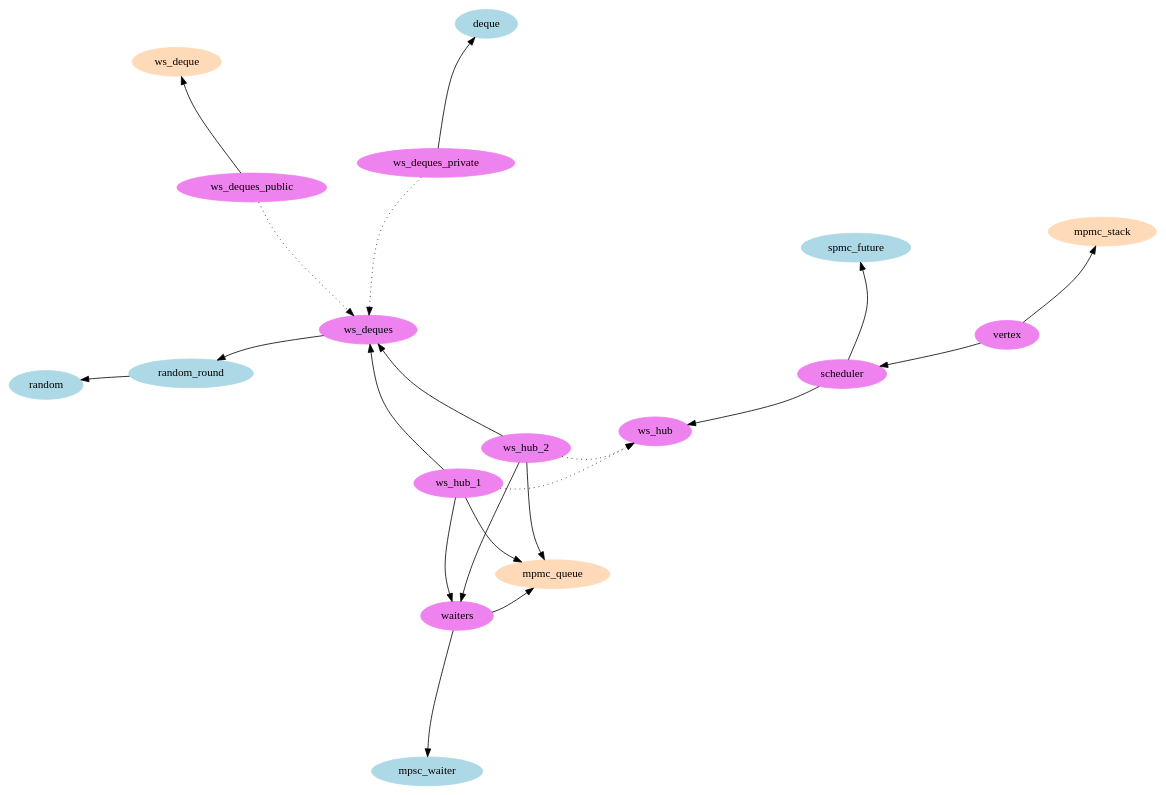
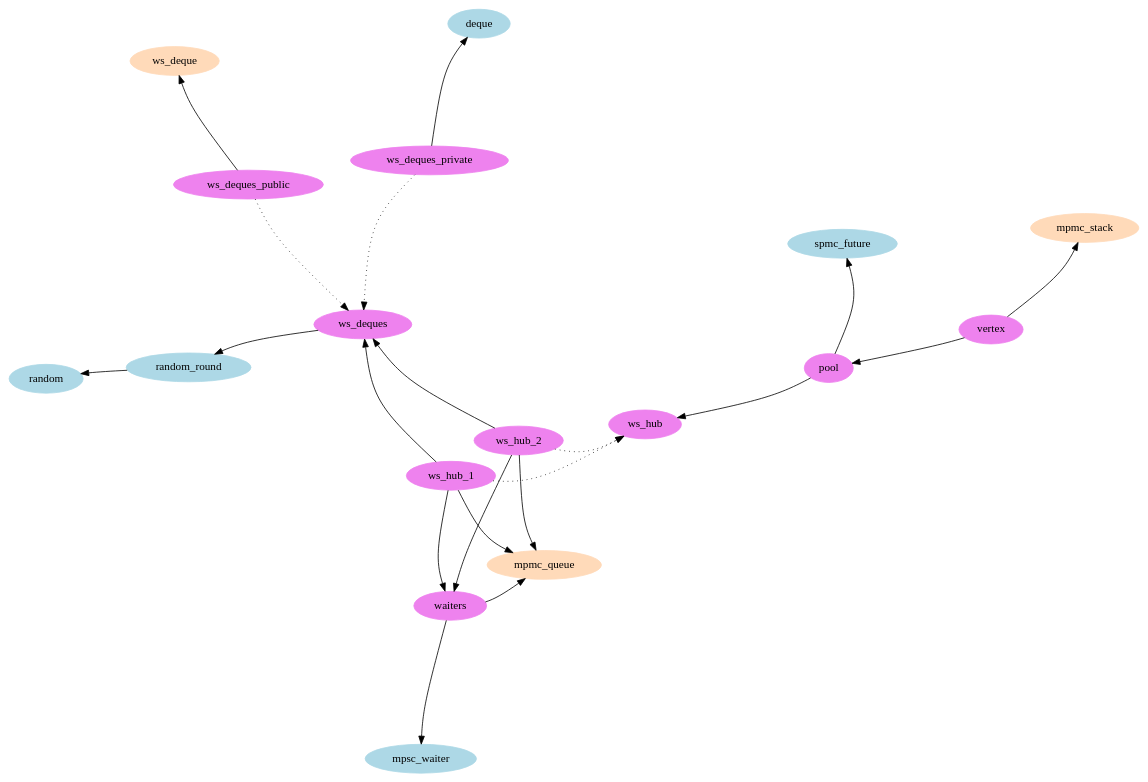
Before and after one commit to clef-men/zoo: the diagram in doc/parabs.dot, drawn with Graphviz. The commit also changed 5 other files, not shown here.

Commit message:
parabs/scheduler -> parabs/pool.

```diff
--- a/doc/parabs.dot
+++ b/doc/parabs.dot
@@ -1,66 +1,66 @@
 digraph {
 	layout=sfdp
 	overlap=false
 	splines=curved
 
 	subgraph cluster_std {
 		label="std"
 		node [style=filled, color=lightblue]
 		random [label="random"]
 		random_round [label="random_round"]
 		deque [label="deque"]
 		mpsc_waiter [label="mpsc_waiter"]
 		spmc_future [label="spmc_future"]
 	}
 
 	subgraph cluster_saturn {
 		label="saturn"
 		node [style=filled, color=peachpuff]
 		mpmc_stack [label="mpmc_stack"]
 		mpmc_queue [label="mpmc_queue"]
 		ws_deque [label="ws_deque"]
 	}
 
 	subgraph cluster_parabs {
 		label="parabs"
 		node [style=filled, color=violet]
 		ws_deques [label="ws_deques"]
 		ws_deques_public [label="ws_deques_public"]
 		ws_deques_private [label="ws_deques_private"]
 		waiters [label="waiters"]
 		ws_hub [label="ws_hub"]
 		ws_hub_1 [label="ws_hub_1"]
 		ws_hub_2 [label="ws_hub_2"]
-		scheduler [label="scheduler"]
+		pool [label="pool"]
 		vertex [label="vertex"]
 	}
 
 	random_round -> random
 
 	ws_deques_public -> ws_deque
 	ws_deques_public -> ws_deques [style=dotted]
 
 	ws_deques_private -> deque
 	ws_deques_private -> ws_deques [style=dotted]
 
 	ws_deques -> random_round
 
 	waiters -> mpsc_waiter
 	waiters -> mpmc_queue
 
 	ws_hub_1 -> mpmc_queue
 	ws_hub_1 -> ws_deques
 	ws_hub_1 -> waiters
 	ws_hub_1 -> ws_hub [style=dotted]
 
 	ws_hub_2 -> mpmc_queue
 	ws_hub_2 -> ws_deques
 	ws_hub_2 -> waiters
 	ws_hub_2 -> ws_hub [style=dotted]
 
-	scheduler -> spmc_future
-	scheduler -> ws_hub
+	pool -> spmc_future
+	pool -> ws_hub
 
 	vertex -> mpmc_stack
-	vertex -> scheduler
+	vertex -> pool
 }
```
